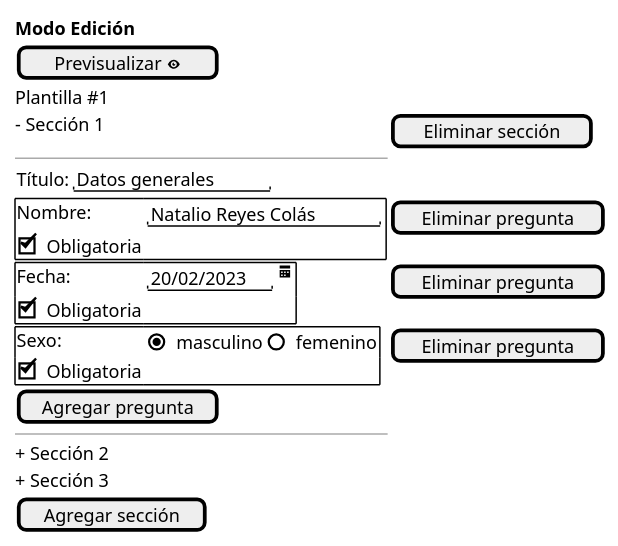
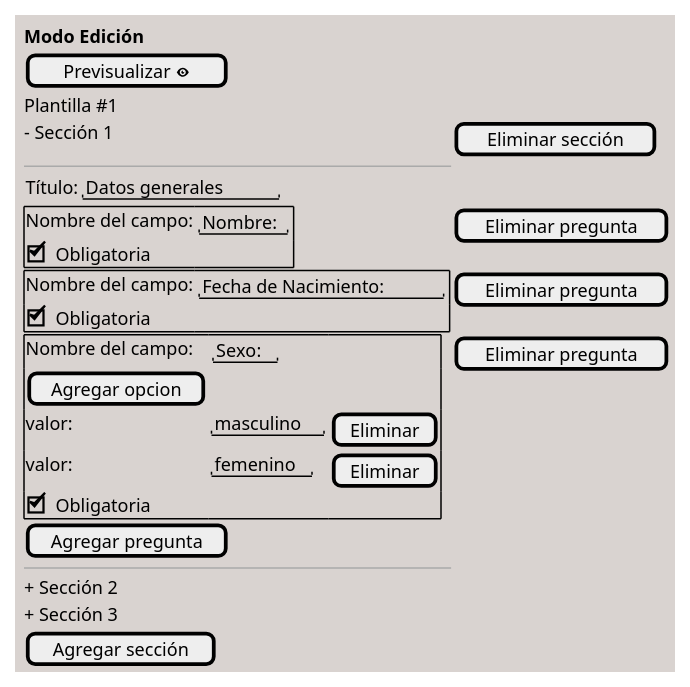
Before and after one commit to javatlacati/ngformtemplate: the diagram in diagrams/survey details list editar.puml, drawn with PlantUML. The commit also changed 1 other file, not shown here.

Commit message:
se actualiza wireframe para modo edicion y se agrega wireframe para modal de agregar nueva pregunta

```diff
--- a/diagrams/survey details list editar.puml
+++ b/diagrams/survey details list editar.puml
@@ -1,32 +1,36 @@
 @startsalt
 'https://plantuml.com/salt
 {
+!theme mimeograph
   **Modo Edición**
   [Previsualizar <&eye>]
   Plantilla #1
     | - Sección 1 | [Eliminar sección]
     | --
     | {Título: | " Datos generales"}
     {+
-      Nombre: | {"Natalio Reyes Colás"}
+      Nombre del campo: | {"Nombre:"}
       [X]Obligatoria
     }|[Eliminar pregunta]
     {+
-      Fecha: | {"20/02/2023"|<&calendar>}
+      Nombre del campo: | {"Fecha de Nacimiento:"}
       [X]Obligatoria
     }|[Eliminar pregunta]
     {+
-      Sexo: | {(X) masculino|() femenino}
+      Nombre del campo: | {"Sexo:"}
+      [Agregar opcion]
+      valor:|"masculino"|[Eliminar]
+      valor:|"femenino"|[Eliminar]
       [X]Obligatoria
-     }|[Eliminar pregunta]
+    }|[Eliminar pregunta]
 '    | {T!
 '
 '        sd
 '        }
     | [Agregar pregunta]
     | --
     + Sección 2
     + Sección 3
     [Agregar sección]
 }
 @endsalt
```
